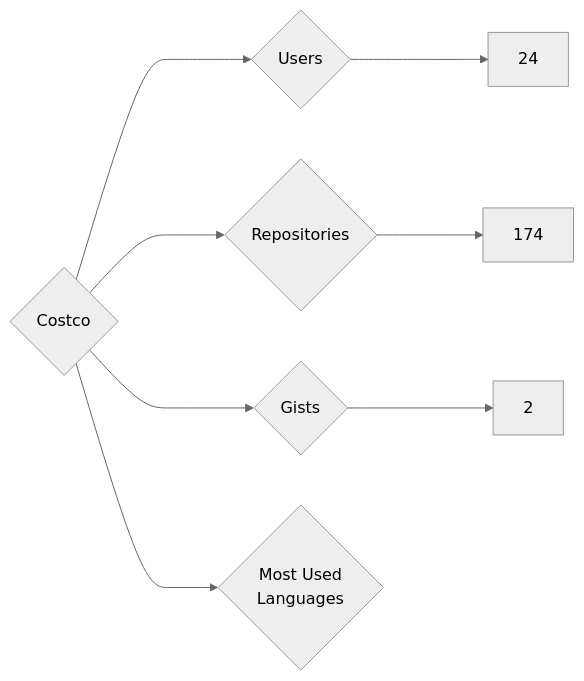
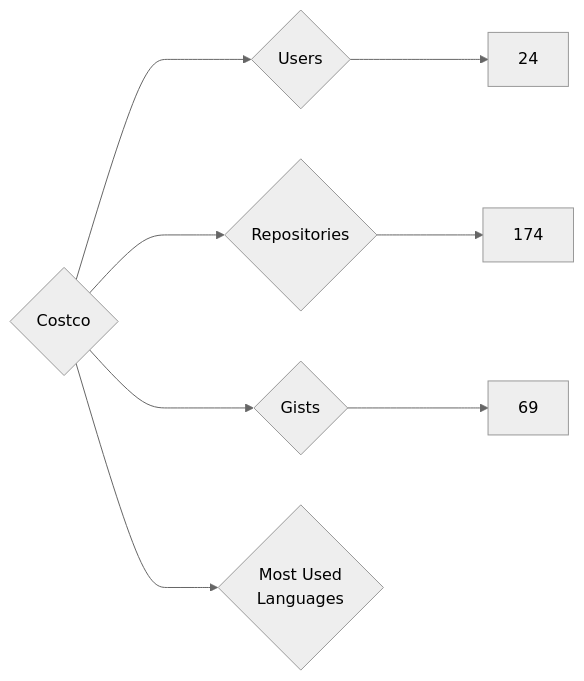
The diagram in targets/Costco/README.md (nenadzaric/insiders), drawn with Mermaid (neutral theme) before and after one commit. The commit also changed 1342 other files, not shown here.

````diff
--- a/targets/Costco/README.md
+++ b/targets/Costco/README.md
@@ -3,8 +3,8 @@
 ```mermaid
 graph LR
 COMPANY_NAME{Costco}
 COMPANY_NAME ---> U{Users} ---> UN[24]
 COMPANY_NAME ---> R{Repositories} ---> RN[174]
-COMPANY_NAME ---> G{Gists} ---> GN[2]
+COMPANY_NAME ---> G{Gists} ---> GN[69]
 COMPANY_NAME ---> ML{Most Used<br>Languages}
 ```
````
